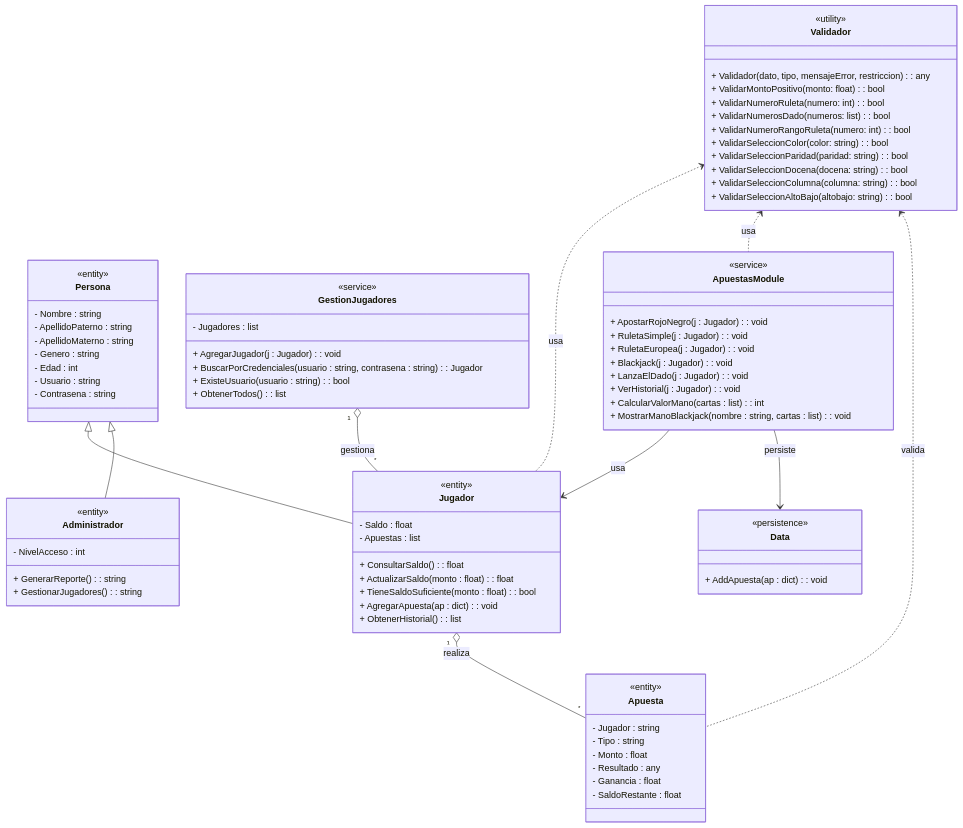
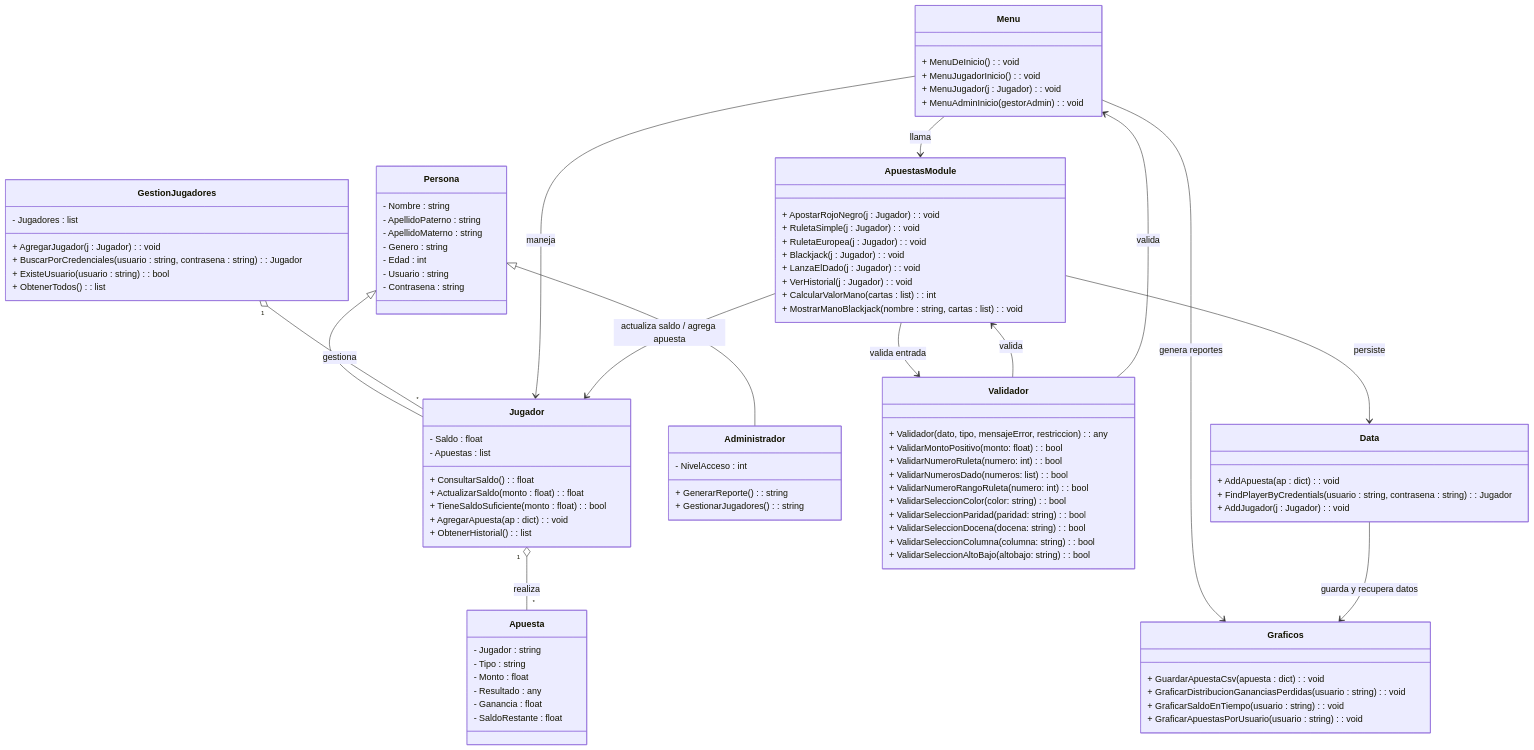
Before and after one commit to pokemaniako/ProyectoFinalPoo: the diagram in src/Diagramas/Mermaid1.mmd, drawn with Mermaid. The commit also changed 35 other files, not shown here.

````diff
--- a/src/Diagramas/Mermaid1.mmd
+++ b/src/Diagramas/Mermaid1.mmd
@@ -1,92 +1,106 @@
-```mermaid
 classDiagram
     class Persona {
         - Nombre : string
         - ApellidoPaterno : string
         - ApellidoMaterno : string
         - Genero : string
         - Edad : int
         - Usuario : string
         - Contrasena : string
-        <<entity>>
     }
 
     class Jugador {
         - Saldo : float
         - Apuestas : list
         + ConsultarSaldo() : float
         + ActualizarSaldo(monto : float) : float
         + TieneSaldoSuficiente(monto : float) : bool
         + AgregarApuesta(ap : dict) : void
         + ObtenerHistorial() : list
-        <<entity>>
     }
 
     class Administrador {
         - NivelAcceso : int
         + GenerarReporte() : string
         + GestionarJugadores() : string
-        <<entity>>
     }
 
     class GestionJugadores {
         - Jugadores : list<Jugador>
         + AgregarJugador(j : Jugador) : void
         + BuscarPorCredenciales(usuario : string, contrasena : string) : Jugador
         + ExisteUsuario(usuario : string) : bool
         + ObtenerTodos() : list<Jugador>
-        <<service>>
+    }
+
+    class Menu {
+        + MenuDeInicio() : void
+        + MenuJugadorInicio() : void
+        + MenuJugador(j : Jugador) : void
+        + MenuAdminInicio(gestorAdmin) : void
     }
 
     class ApuestasModule {
         + ApostarRojoNegro(j : Jugador) : void
         + RuletaSimple(j : Jugador) : void
         + RuletaEuropea(j : Jugador) : void
         + Blackjack(j : Jugador) : void
         + LanzaElDado(j : Jugador) : void
         + VerHistorial(j : Jugador) : void
         + CalcularValorMano(cartas : list) : int
         + MostrarManoBlackjack(nombre : string, cartas : list) : void
-        <<service>>
     }
 
     class Validador {
         + Validador(dato, tipo, mensajeError, restriccion) : any
         + ValidarMontoPositivo(monto: float) : bool
         + ValidarNumeroRuleta(numero: int) : bool
         + ValidarNumerosDado(numeros: list) : bool
         + ValidarNumeroRangoRuleta(numero: int) : bool
         + ValidarSeleccionColor(color: string) : bool
         + ValidarSeleccionParidad(paridad: string) : bool
         + ValidarSeleccionDocena(docena: string) : bool
         + ValidarSeleccionColumna(columna: string) : bool
         + ValidarSeleccionAltoBajo(altobajo: string) : bool
-        <<utility>>
     }
 
     class Apuesta {
         - Jugador : string
         - Tipo : string
         - Monto : float
         - Resultado : any
         - Ganancia : float
         - SaldoRestante : float
-        <<entity>>
     }
 
     class Data {
         + AddApuesta(ap : dict) : void
-        <<persistence>>
+        + FindPlayerByCredentials(usuario : string, contrasena : string) : Jugador
+        + AddJugador(j : Jugador) : void
+    }
+
+    class Graficos {
+        + GuardarApuestaCsv(apuesta : dict) : void
+        + GraficarDistribucionGananciasPerdidas(usuario : string) : void
+        + GraficarSaldoEnTiempo(usuario : string) : void
+        + GraficarApuestasPorUsuario(usuario : string) : void
     }
 
     Persona <|-- Jugador
     Persona <|-- Administrador
     
     GestionJugadores "1" o-- "*" Jugador : gestiona
     Jugador "1" o-- "*" Apuesta : realiza
-    ApuestasModule --> Jugador : usa
+    
+    Menu --> ApuestasModule : llama
+    Menu --> Jugador : maneja
+    Menu --> Graficos : genera reportes
+    
+    ApuestasModule --> Jugador : actualiza saldo / agrega apuesta
     ApuestasModule --> Data : persiste
-    Validador <.. Jugador : usa
-    Validador <.. ApuestasModule : usa
-    Validador <.. Apuesta : valida
-```
+    ApuestasModule --> Validador : valida entrada
+    
+    Data --> Graficos : guarda y recupera datos
+    
+    Validador --> ApuestasModule : valida
+    Validador --> Menu : valida
````
